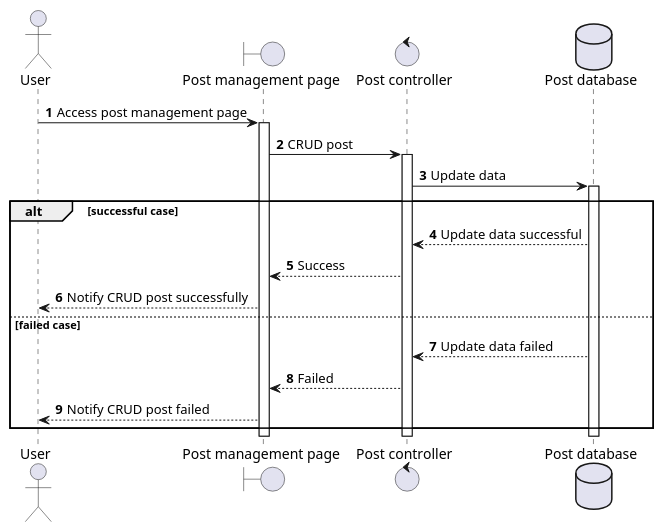
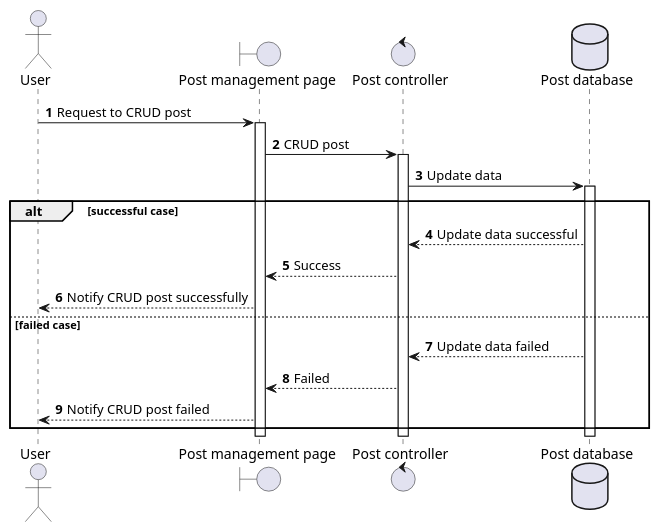
The diagram in Lab 1.2/sequence/crud-post.puml (doublek2712/SE357-Pratice-class), drawn with PlantUML before and after one commit.

```diff
--- a/Lab 1.2/sequence/crud-post.puml
+++ b/Lab 1.2/sequence/crud-post.puml
@@ -1,19 +1,19 @@
 @startuml
 autonumber
 actor User
 boundary "Post management page" as Page
 control "Post controller" as PostClr
 database "Post database" as DB
-User -> Page ++: Access post management page
+User -> Page ++: Request to CRUD post
 Page -> PostClr ++: CRUD post
 PostClr -> DB ++: Update data
 alt successful case
 DB --> PostClr: Update data successful
 PostClr --> Page: Success
 Page --> User: Notify CRUD post successfully
 else failed case
 DB --> PostClr: Update data failed
 PostClr --> Page: Failed
 Page --> User: Notify CRUD post failed
 end
 @enduml
```
